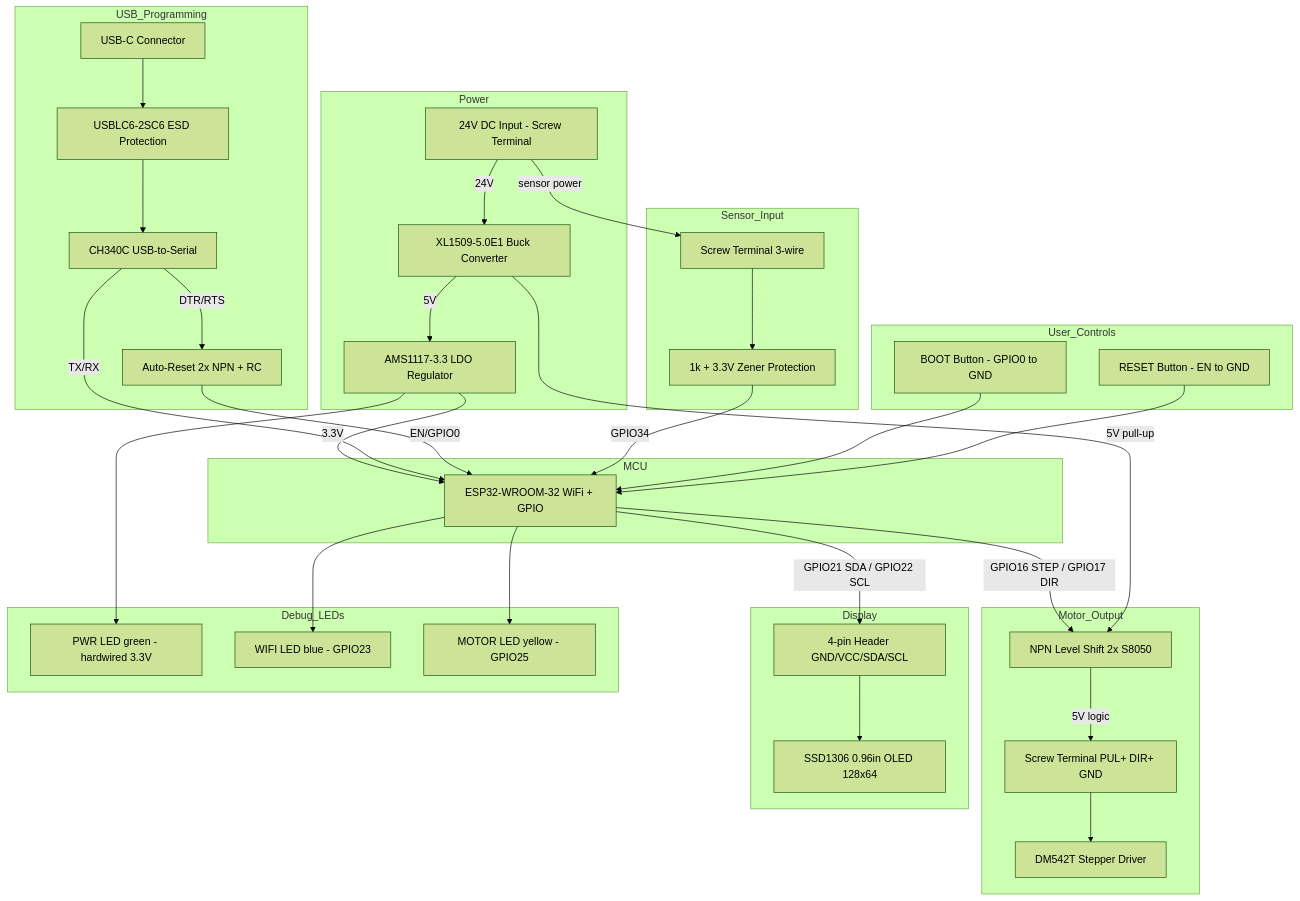
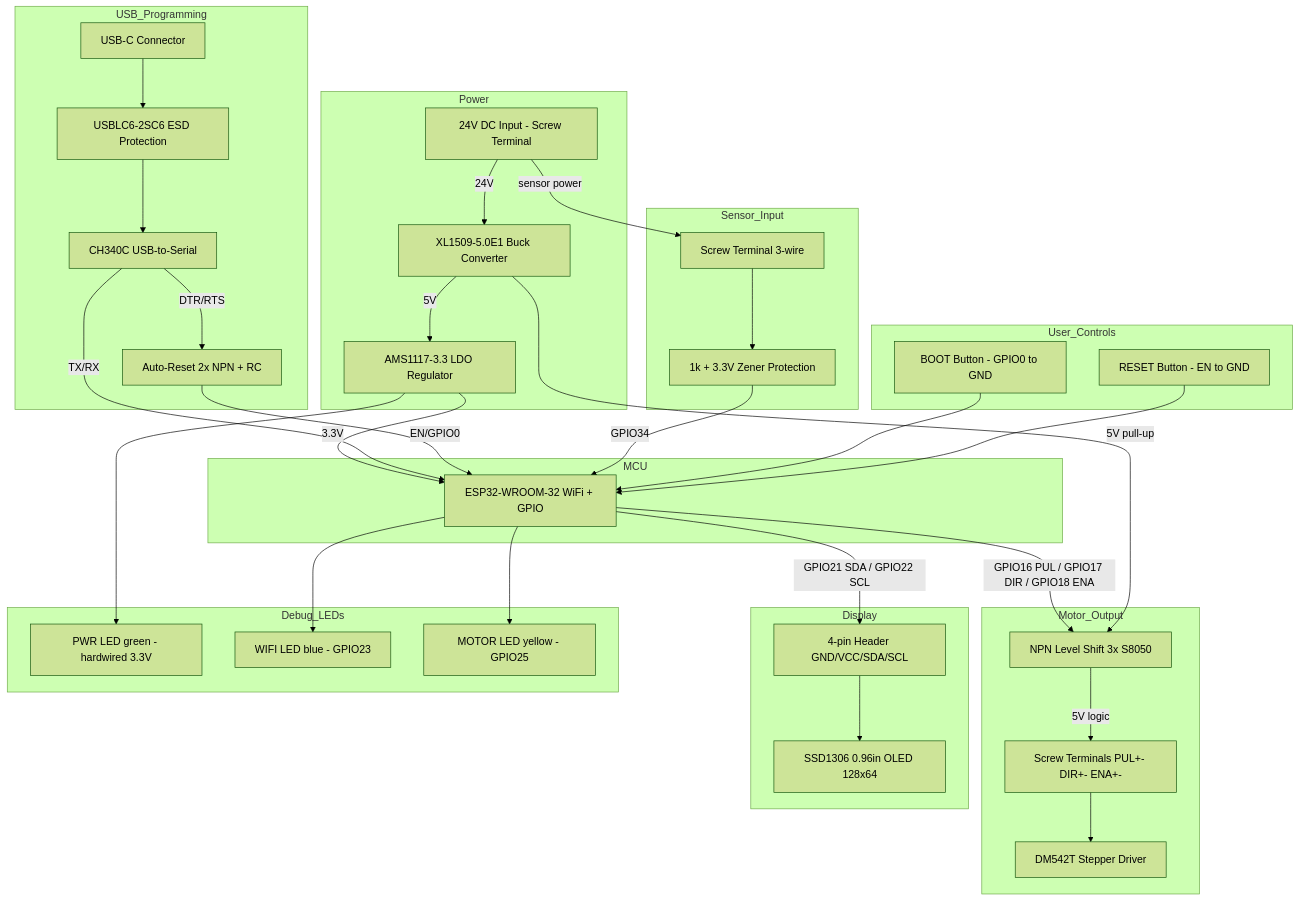
Before and after one commit to michaelsedbon/SYNTHETICA_Lab: the diagram in experiments/EXP_012/pcb/TIERED_DESIGNS.md, drawn with Mermaid (forest theme). The commit also changed other lines of this file and 1 other file, not shown here.

Commit message:
Add hover tooltips to experiment designer labels

````diff
--- a/experiments/EXP_012/pcb/TIERED_DESIGNS.md
+++ b/experiments/EXP_012/pcb/TIERED_DESIGNS.md
@@ -5,64 +5,64 @@
 ```mermaid
 graph TD
     subgraph Power
         V24["24V DC Input - Screw Terminal"]
         BUCK["XL1509-5.0E1 Buck Converter"]
         LDO["AMS1117-3.3 LDO Regulator"]
         V24 -->|24V| BUCK
         BUCK -->|5V| LDO
     end
 
     subgraph MCU
         ESP["ESP32-WROOM-32 WiFi + GPIO"]
         LDO -->|3.3V| ESP
     end
 
     subgraph USB_Programming
         USBC["USB-C Connector"]
         CH["CH340C USB-to-Serial"]
         ESD_IC["USBLC6-2SC6 ESD Protection"]
         AR["Auto-Reset 2x NPN + RC"]
         USBC --> ESD_IC --> CH
         CH -->|TX/RX| ESP
         CH -->|DTR/RTS| AR -->|EN/GPIO0| ESP
     end
 
     subgraph Motor_Output
-        LS["NPN Level Shift 2x S8050"]
-        MT["Screw Terminal PUL+ DIR+ GND"]
-        ESP -->|GPIO16 STEP / GPIO17 DIR| LS
+        LS["NPN Level Shift 3x S8050"]
+        MT["Screw Terminals PUL+- DIR+- ENA+-"]
+        ESP -->|GPIO16 PUL / GPIO17 DIR / GPIO18 ENA| LS
         BUCK -->|5V pull-up| LS
         LS -->|5V logic| MT
         MT --> DRV["DM542T Stepper Driver"]
     end
 
     subgraph Sensor_Input
         ST["Screw Terminal 3-wire"]
         PROT["1k + 3.3V Zener Protection"]
         ST --> PROT -->|GPIO34| ESP
         V24 -->|sensor power| ST
     end
 
     subgraph Display
         HDR["4-pin Header GND/VCC/SDA/SCL"]
         OLED["SSD1306 0.96in OLED 128x64"]
         ESP -->|GPIO21 SDA / GPIO22 SCL| HDR
         HDR --> OLED
     end
 
     subgraph Debug_LEDs
         LED1["PWR LED green - hardwired 3.3V"]
         LED2["WIFI LED blue - GPIO23"]
         LED3["MOTOR LED yellow - GPIO25"]
         LDO --> LED1
         ESP --> LED2
         ESP --> LED3
     end
 
     subgraph User_Controls
         BOOT["BOOT Button - GPIO0 to GND"]
         RST["RESET Button - EN to GND"]
         BOOT --> ESP
         RST --> ESP
     end
 ```
````
